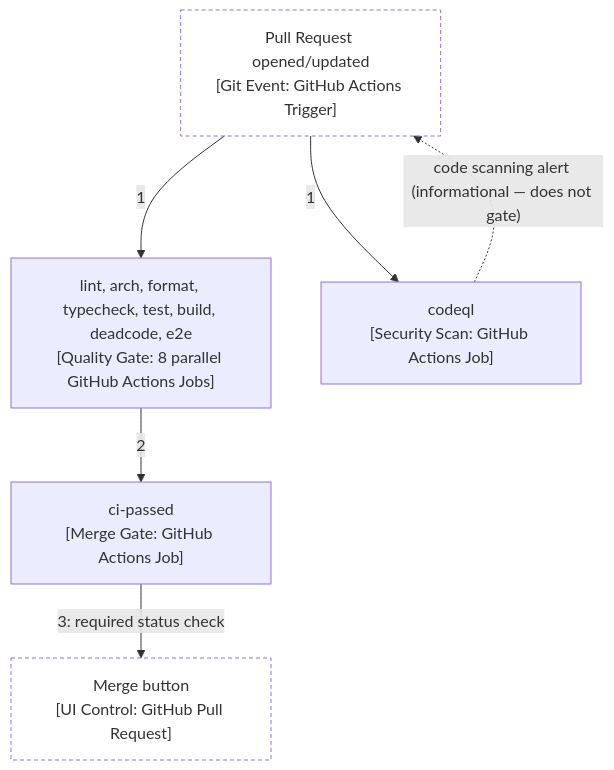
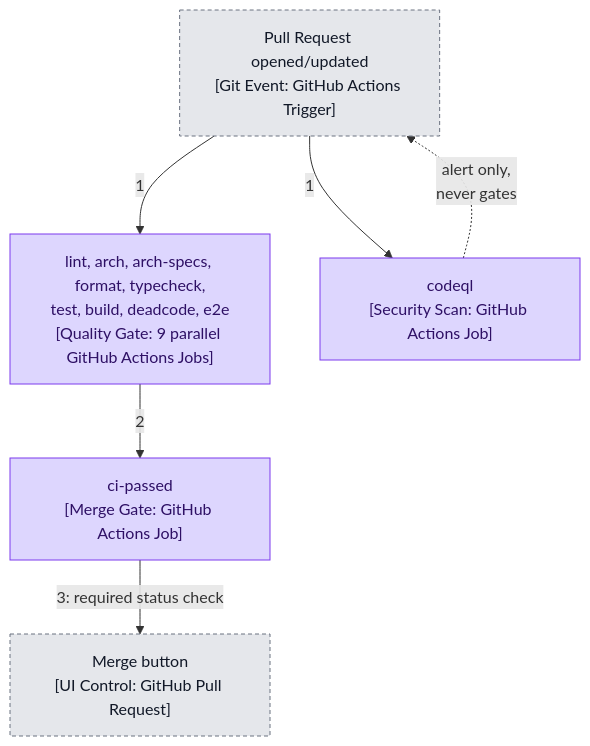
One commit to cfisch3r/estimate changed the second of 3 diagrams in docs/technical/runbook.md. Above: the diagram before and after it, drawn with Mermaid. The commit also changed other lines of this file, not shown here.

````diff
--- a/docs/technical/runbook.md
+++ b/docs/technical/runbook.md
@@ -46,17 +60,20 @@
 ```mermaid
 flowchart TB
   PR["Pull Request opened/updated<br/>[Git Event: GitHub Actions Trigger]"]:::external
   MergeButton["Merge button<br/>[UI Control: GitHub Pull Request]"]:::external
 
-  Gates["lint, arch, format, typecheck, test, build, deadcode, e2e<br/>[Quality Gate: 8 parallel GitHub Actions Jobs]"]
+  Gates["lint, arch, arch-specs, format, typecheck,<br/>test, build, deadcode, e2e<br/>[Quality Gate: 9 parallel GitHub Actions Jobs]"]
   Passed["ci-passed<br/>[Merge Gate: GitHub Actions Job]"]
   CodeQL["codeql<br/>[Security Scan: GitHub Actions Job]"]
 
   PR -->|1| Gates
   PR -->|1| CodeQL
   Gates -->|2| Passed
   Passed -->|"3: required status check"| MergeButton
-  CodeQL -.->|"code scanning alert (informational — does not gate)"| PR
+  CodeQL -.->|"alert only,<br/>never gates"| PR
 
-  classDef external fill:transparent,stroke-dasharray: 4 3
+  classDef deploy fill:#BFDBFE,stroke:#2563EB,color:#0B2545
+  classDef ci fill:#DDD6FE,stroke:#7C3AED,color:#2E1065
+  classDef external fill:#E5E7EB,stroke:#6B7280,color:#111827,stroke-dasharray: 4 3
+  class Gates,Passed,CodeQL ci
 ```
````
